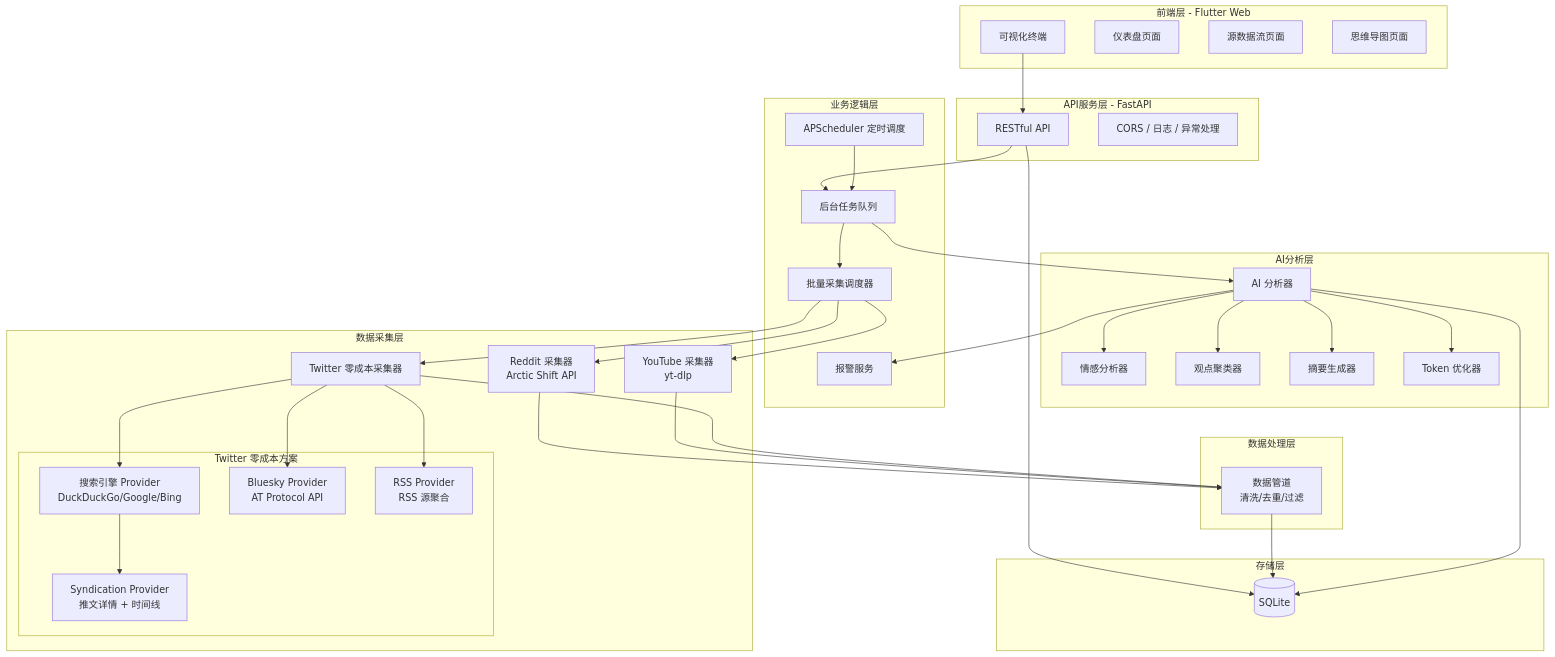
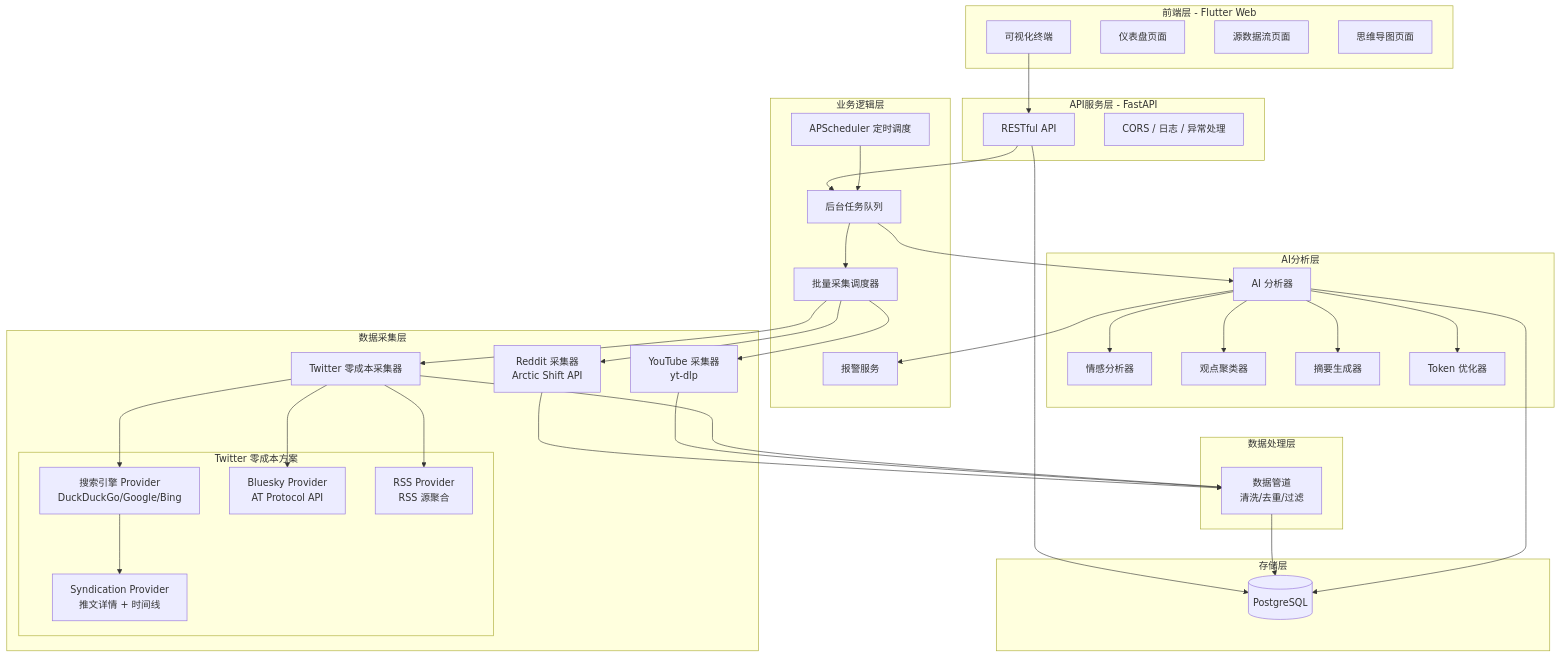
One commit to DYJJ/TrendPulse changed the diagram in README.md. Above: the diagram before and after it, drawn with Mermaid. The commit also changed other lines of this file and 1 other file, not shown here.

Commit message:
docs: 修正数据库为 PostgreSQL，更新演示脚本

````diff
--- a/README.md
+++ b/README.md
@@ -22,73 +22,73 @@
 ```mermaid
 graph TB
     subgraph "前端层 - Flutter Web"
         UI[可视化终端]
         Dashboard[仪表盘页面]
         DataFlow[源数据流页面]
         MindMap[思维导图页面]
     end
 
     subgraph "API服务层 - FastAPI"
         API[RESTful API]
         Middleware[CORS / 日志 / 异常处理]
     end
 
     subgraph "业务逻辑层"
         TaskQueue[后台任务队列]
         Scheduler[APScheduler 定时调度]
         AlertService[报警服务]
         BatchScheduler[批量采集调度器]
     end
 
     subgraph "数据采集层"
         RedditC[Reddit 采集器<br/>Arctic Shift API]
         YouTubeC[YouTube 采集器<br/>yt-dlp]
         TwitterC[Twitter 零成本采集器]
         subgraph "Twitter 零成本方案"
             SearchEngine[搜索引擎 Provider<br/>DuckDuckGo/Google/Bing]
             Syndication[Syndication Provider<br/>推文详情 + 时间线]
             BlueskyP[Bluesky Provider<br/>AT Protocol API]
             RSSP[RSS Provider<br/>RSS 源聚合]
         end
     end
 
     subgraph "数据处理层"
         Pipeline[数据管道<br/>清洗/去重/过滤]
     end
 
     subgraph "AI分析层"
         AIAnalyzer[AI 分析器]
         Sentiment[情感分析器]
         Opinion[观点聚类器]
         Summary[摘要生成器]
         Token[Token 优化器]
     end
 
     subgraph "存储层"
-        DB[(SQLite)]
+        DB[(PostgreSQL)]
     end
 
     UI --> API
     API --> TaskQueue
     API --> DB
     TaskQueue --> BatchScheduler
     BatchScheduler --> RedditC
     BatchScheduler --> YouTubeC
     BatchScheduler --> TwitterC
     TwitterC --> SearchEngine
     TwitterC --> BlueskyP
     TwitterC --> RSSP
     SearchEngine --> Syndication
     Scheduler --> TaskQueue
     RedditC --> Pipeline
     YouTubeC --> Pipeline
     TwitterC --> Pipeline
     Pipeline --> DB
     TaskQueue --> AIAnalyzer
     AIAnalyzer --> Sentiment
     AIAnalyzer --> Opinion
     AIAnalyzer --> Summary
     AIAnalyzer --> Token
     AIAnalyzer --> DB
     AIAnalyzer --> AlertService
 ```
````
